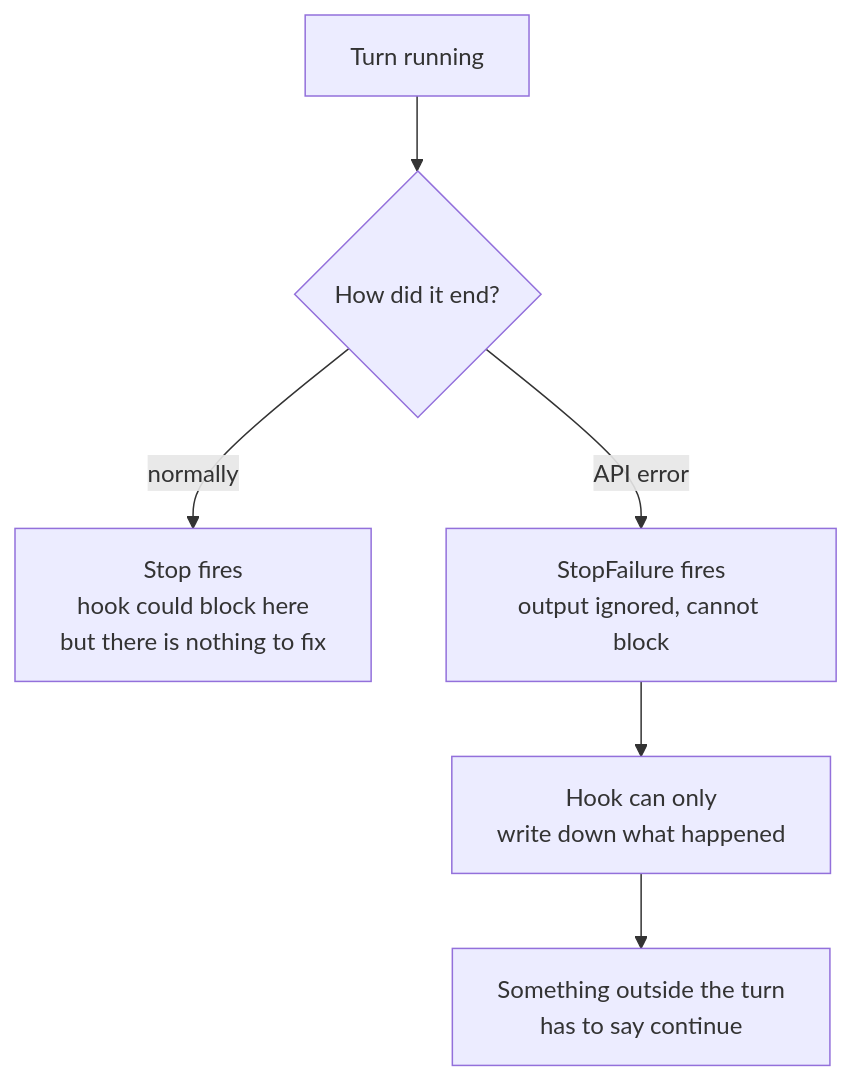
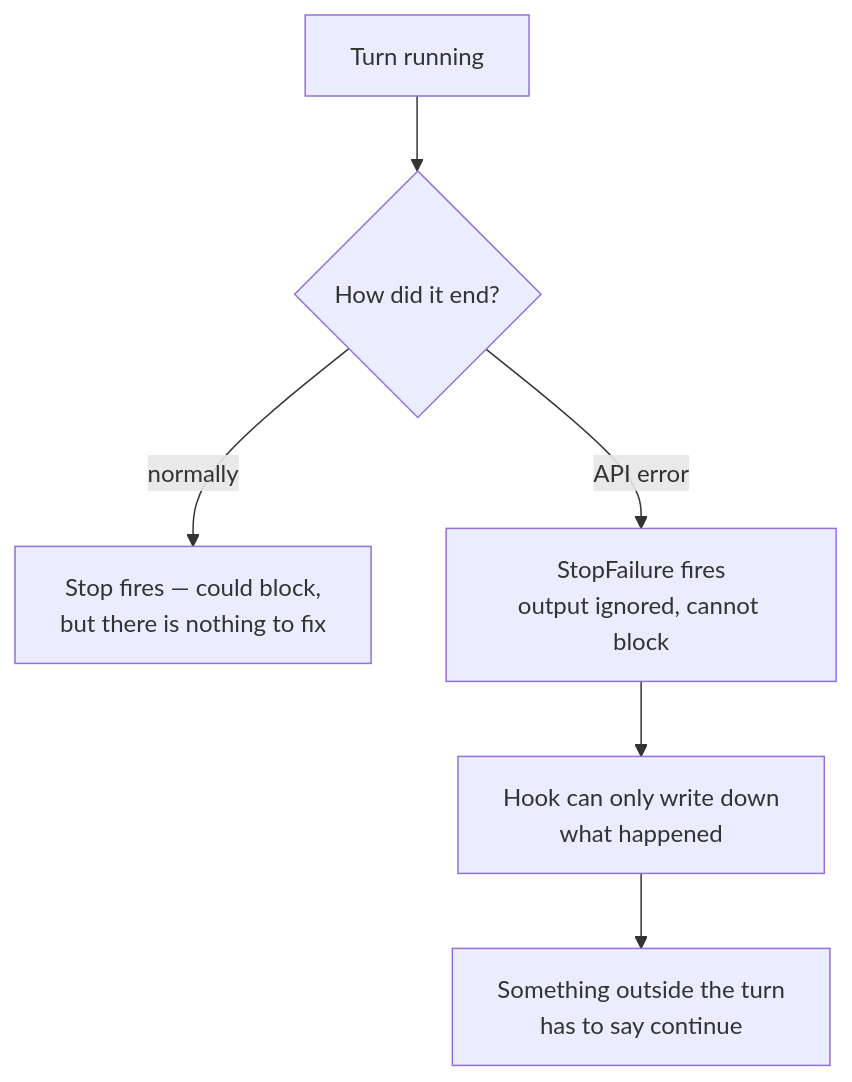
The first of 4 diagrams in README.md (fuadnafiz98/claude-watchdog), drawn with Mermaid before and after one commit. The commit also changed other lines of this file and 4 other files, not shown here.

````diff
--- a/README.md
+++ b/README.md
@@ -43,8 +46,8 @@
 ```mermaid
 flowchart TD
     A[Turn running] --> B{How did it end?}
-    B -->|normally| C[Stop fires<br/>hook could block here<br/>but there is nothing to fix]
+    B -->|normally| C[Stop fires — could block,<br/>but there is nothing to fix]
     B -->|API error| D[StopFailure fires<br/>output ignored, cannot block]
-    D --> E[Hook can only<br/>write down what happened]
+    D --> E[Hook can only write down<br/>what happened]
     E --> F[Something outside the turn<br/>has to say continue]
 ```
````
